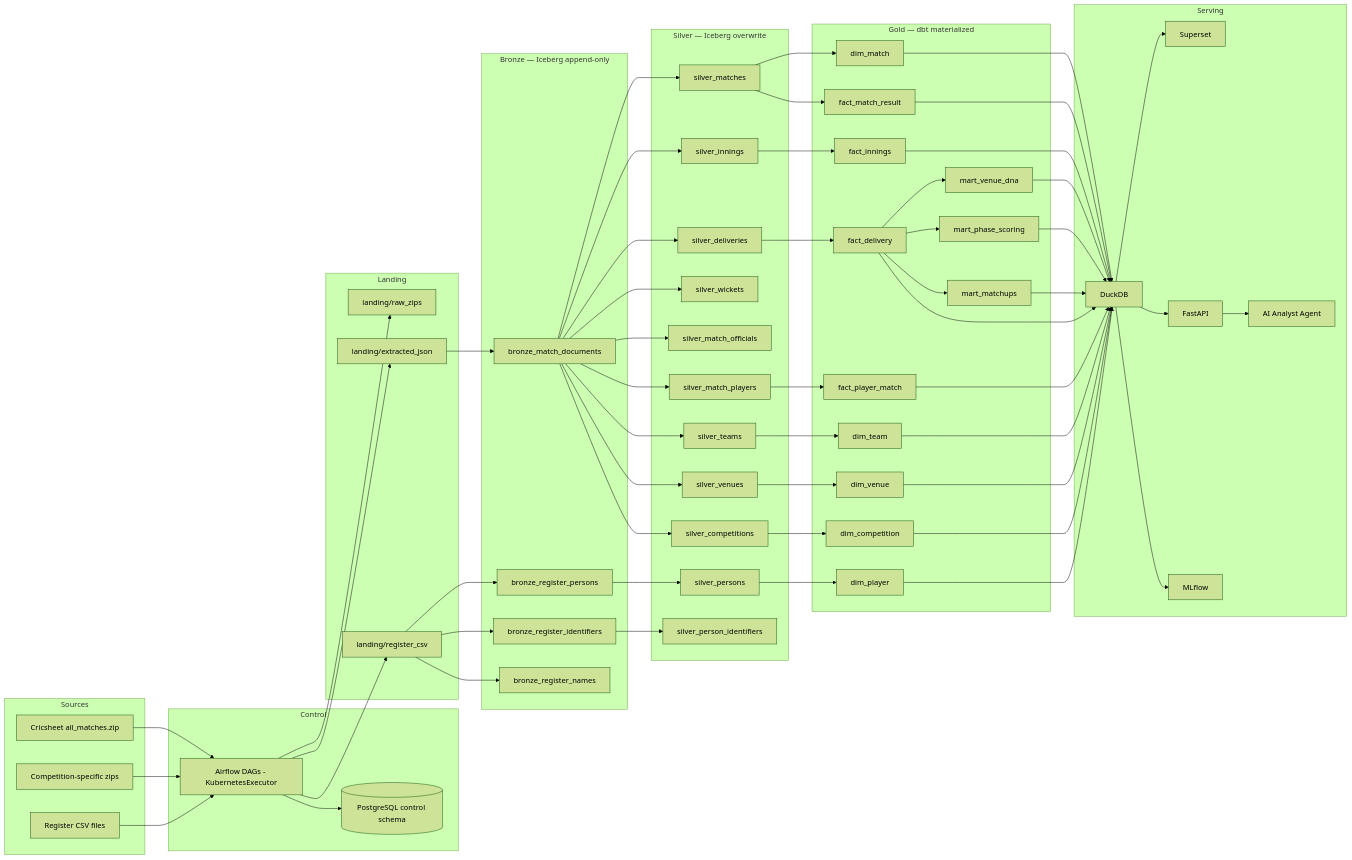
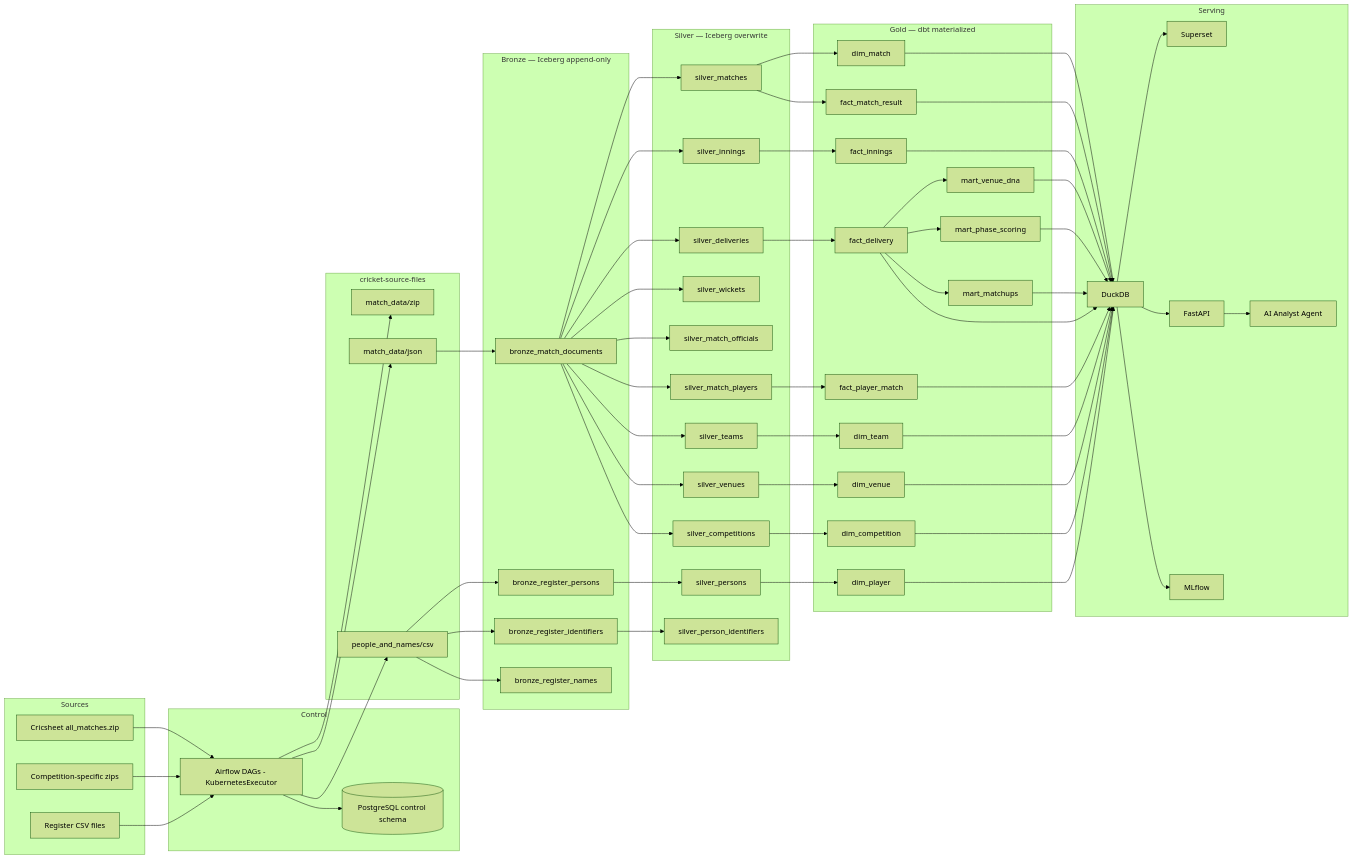
The second of 2 diagrams in README.md (mindwanders1993/cricket_intelligence_platform), drawn with Mermaid (forest theme) before and after one commit. The commit also changed other lines of this file and 80 other files, not shown here.

```diff
--- a/README.md
+++ b/README.md
@@ -255,10 +255,10 @@
         CTRL[(PostgreSQL control schema)]
     end
 
-    subgraph Landing
-        L1[landing/raw_zips]
-        L2[landing/extracted_json]
-        L3[landing/register_csv]
+    subgraph SourceFiles[cricket-source-files]
+        L1[match_data/zip]
+        L2[match_data/json]
+        L3[people_and_names/csv]
     end
 
     subgraph Bronze[Bronze — Iceberg append-only]
```
